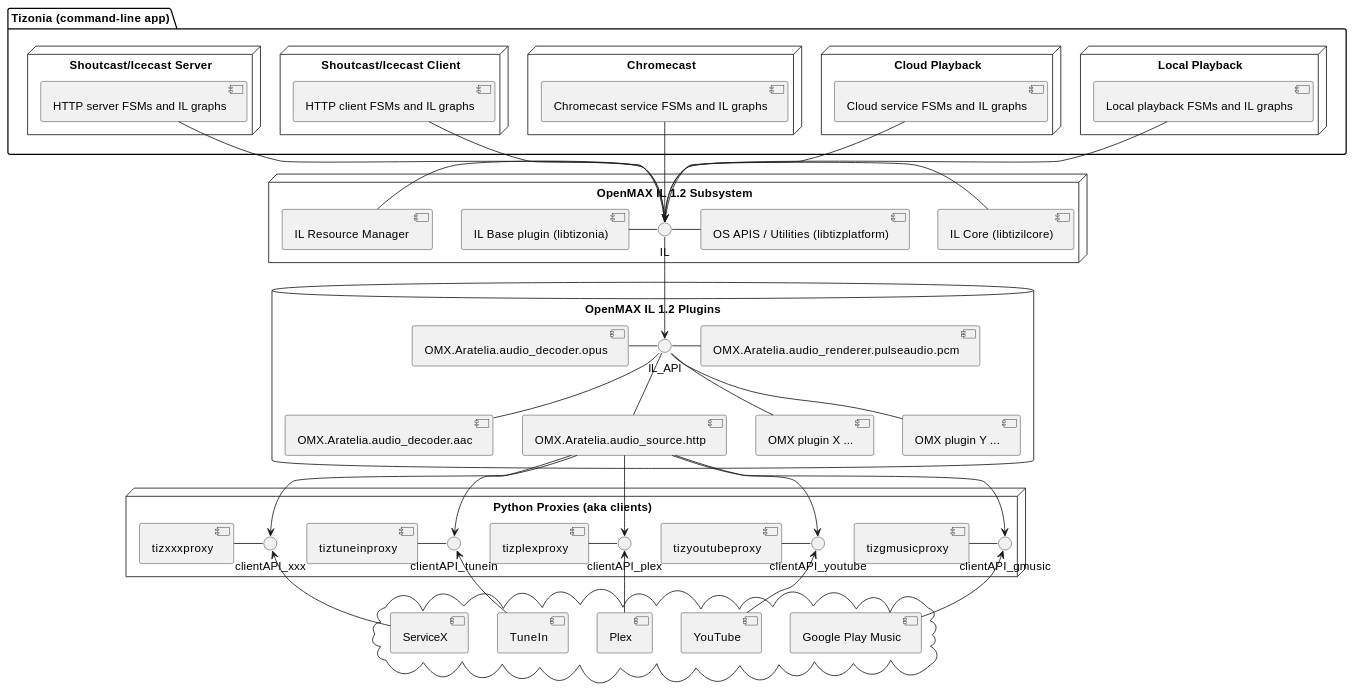
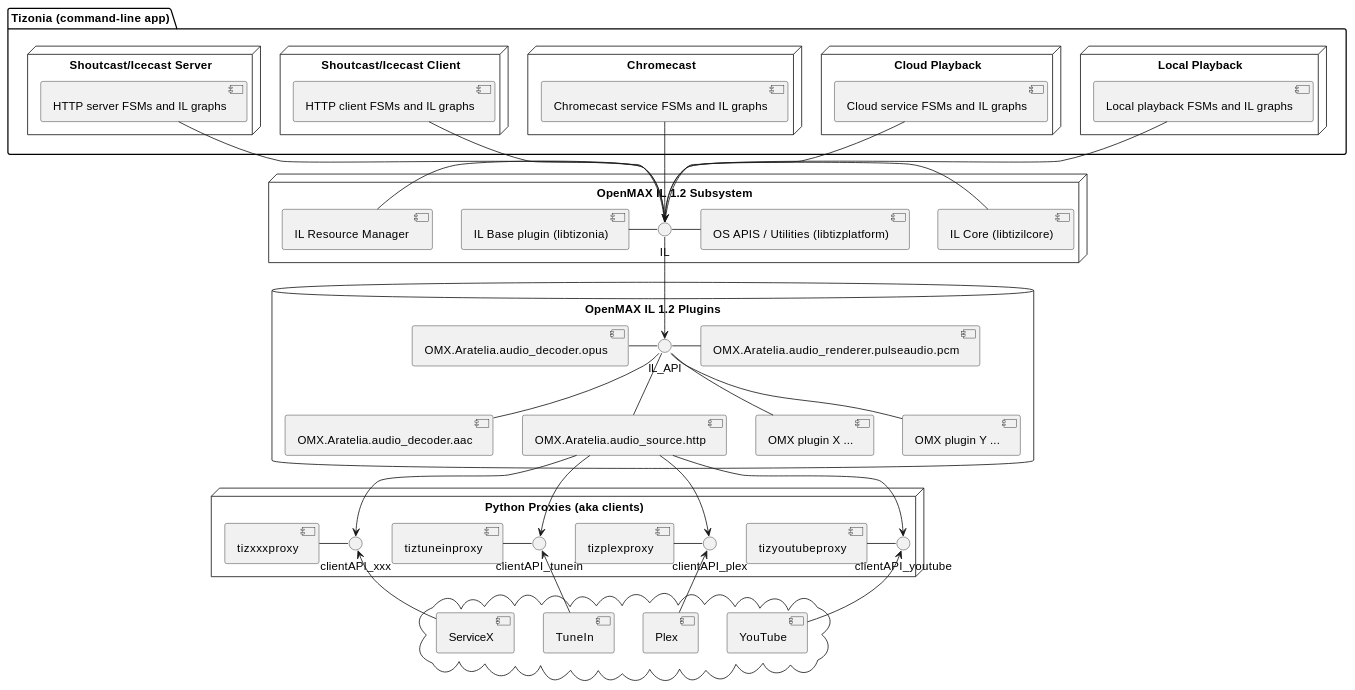
One commit to ppker/tizonia-openmax-il changed the diagram in docs/sphinx-src/development/development.rst. Above: the diagram before and after it, drawn with PlantUML. The commit also changed 140 other files, not shown here.

Commit message:
services: remove Google Play Music integration (#866)

```diff
--- a/docs/sphinx-src/development/development.rst
+++ b/docs/sphinx-src/development/development.rst
@@ -12,69 +12,66 @@
 .. uml::
    :caption: The Tizonia Project components
    :scale: 100 %
    :width: 20cm
 
    @startuml
    package "Tizonia (command-line app)" {
      node "Local Playback" {
        [Local playback FSMs and IL graphs]
      }
      node "Cloud Playback" {
        [Cloud service FSMs and IL graphs]
      }
      node "Chromecast" {
        [Chromecast service FSMs and IL graphs]
      }
      node "Shoutcast/Icecast Client" {
        [HTTP client FSMs and IL graphs]
      }
      node "Shoutcast/Icecast Server" {
        [HTTP server FSMs and IL graphs]
      }
    }
 
    node "OpenMAX IL 1.2 Subsystem" {
      IL - [IL Core (libtizilcore)]
      [IL Base plugin (libtizonia)] - IL
      IL -left- [IL Resource Manager ]
      IL -right- [OS APIS / Utilities (libtizplatform)]
      [Local playback FSMs and IL graphs] --> IL
      [Cloud service FSMs and IL graphs] --> IL
      [Chromecast service FSMs and IL graphs] -- IL
      [HTTP client FSMs and IL graphs] -- IL
      [HTTP server FSMs and IL graphs] -- IL
    }
 
 
    database "OpenMAX IL 1.2 Plugins" {
       [OMX.Aratelia.audio_decoder.opus] - IL_API
       IL_API - [OMX.Aratelia.audio_renderer.pulseaudio.pcm]
       [OMX.Aratelia.audio_decoder.aac] -up- IL_API
       [OMX.Aratelia.audio_source.http] -up- IL_API
       [OMX plugin X ...] -up- IL_API
       [OMX plugin Y ...] -up- IL_API
       IL --> IL_API
    }
 
 
    node "Python Proxies (aka clients)" {
-     [tizgmusicproxy] - clientAPI_gmusic
      [tizyoutubeproxy] - clientAPI_youtube
      [tizplexproxy] - clientAPI_plex
      [tiztuneinproxy] - clientAPI_tunein
      [tizxxxproxy] - clientAPI_xxx
-     [OMX.Aratelia.audio_source.http] --> clientAPI_gmusic
      [OMX.Aratelia.audio_source.http] --> clientAPI_youtube
      [OMX.Aratelia.audio_source.http] --> clientAPI_plex
      [OMX.Aratelia.audio_source.http] --> clientAPI_tunein
      [OMX.Aratelia.audio_source.http] --> clientAPI_xxx
    }
 
    cloud {
-     [Google Play Music] -up-> clientAPI_gmusic
      [YouTube] -up-> clientAPI_youtube
      [Plex] -up-> clientAPI_plex
      [TuneIn] -up-> clientAPI_tunein
      [ServiceX] -up-> clientAPI_xxx
    }
    @enduml
```
